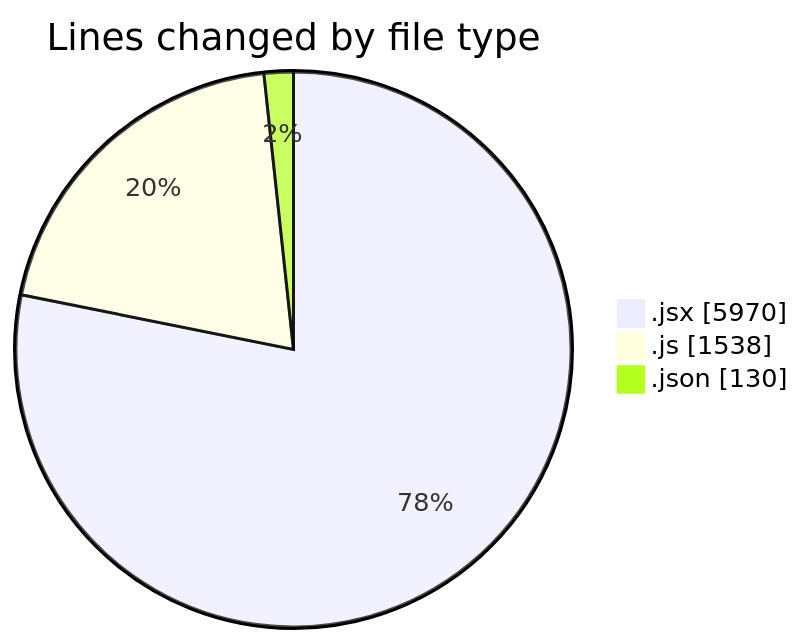
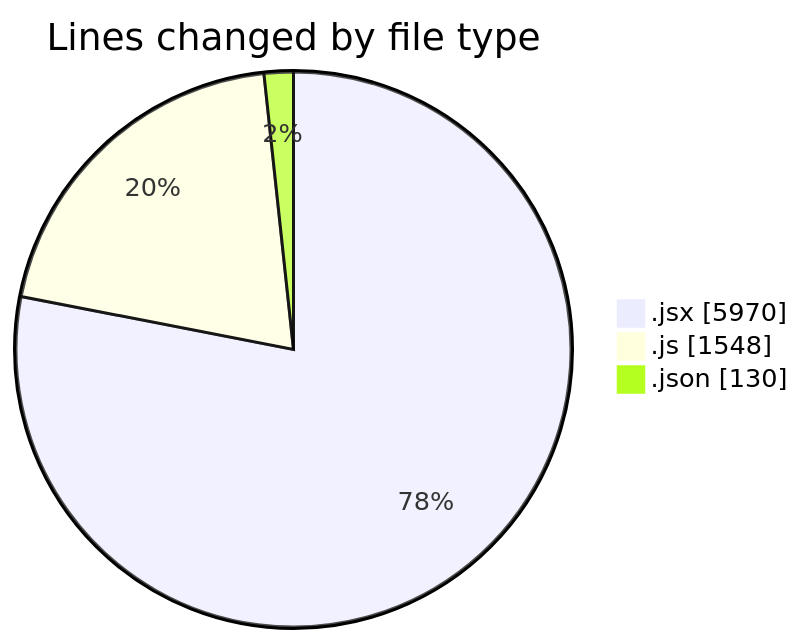
Before and after one commit to nxtqubesakshisongat/code-tracking: the first of 2 diagrams in 2025-08-06/nxtqube_webapp/README.md, drawn with Mermaid. The commit also changed other lines of this file and 1 other file, not shown here.

````diff
--- a/2025-08-06/nxtqube_webapp/README.md
+++ b/2025-08-06/nxtqube_webapp/README.md
@@ -29,7 +29,7 @@
 ```mermaid
 pie showData
 title Lines changed by file type
 ".jsx" : 5970
-".js" : 1538
+".js" : 1548
 ".json" : 130
 ```
````
